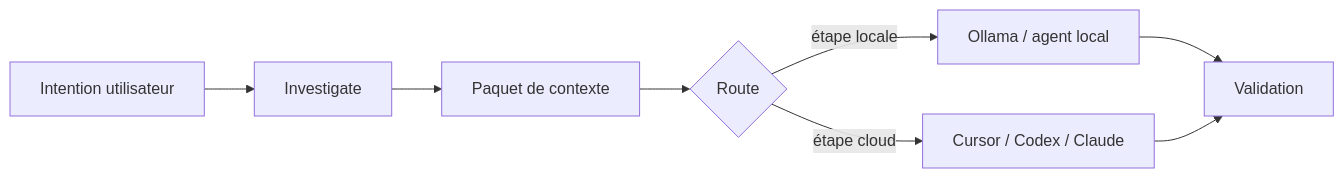
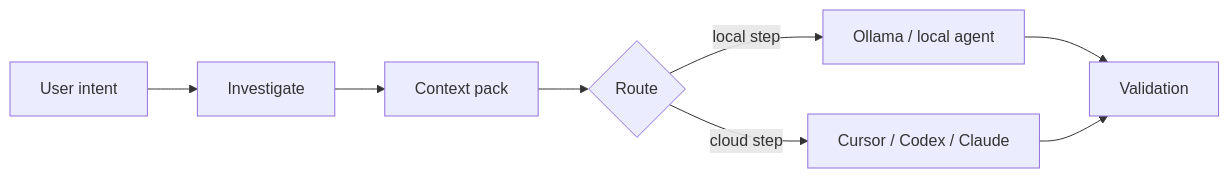
Before and after one commit to LaProgrammerie/asagiri: the diagram in docs-site/content/docs/fr/concepts/local-first.mdx, drawn with Mermaid. The commit also changed other lines of this file and 148 other files, not shown here.

````diff
--- a/docs-site/content/docs/fr/concepts/local-first.mdx
+++ b/docs-site/content/docs/fr/concepts/local-first.mdx
@@ -20,10 +22,10 @@
 ```mermaid
 flowchart LR
-  A[Intention utilisateur] --> B[Investigate]
-  B --> C[Paquet de contexte]
+  A[User intent] --> B[Investigate]
+  B --> C[Context pack]
   C --> D{Route}
-  D -->|étape locale| E[Ollama / agent local]
-  D -->|étape cloud| F[Cursor / Codex / Claude]
+  D -->|local step| E[Ollama / local agent]
+  D -->|cloud step| F[Cursor / Codex / Claude]
   E --> G[Validation]
   F --> G
 ```
````
